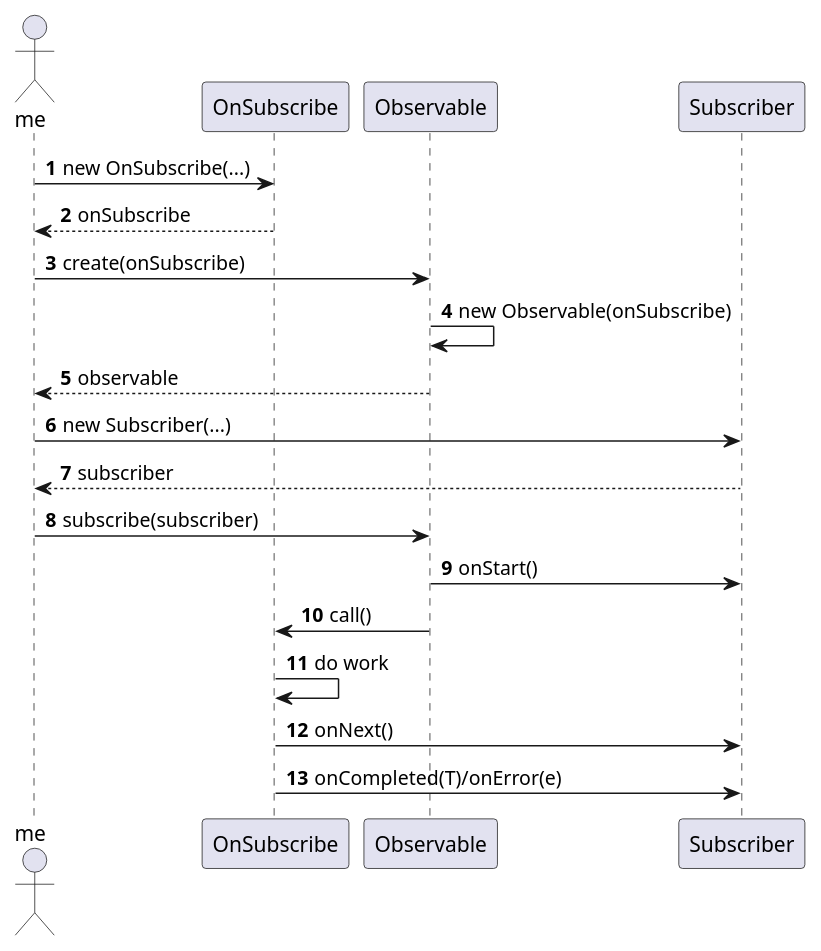
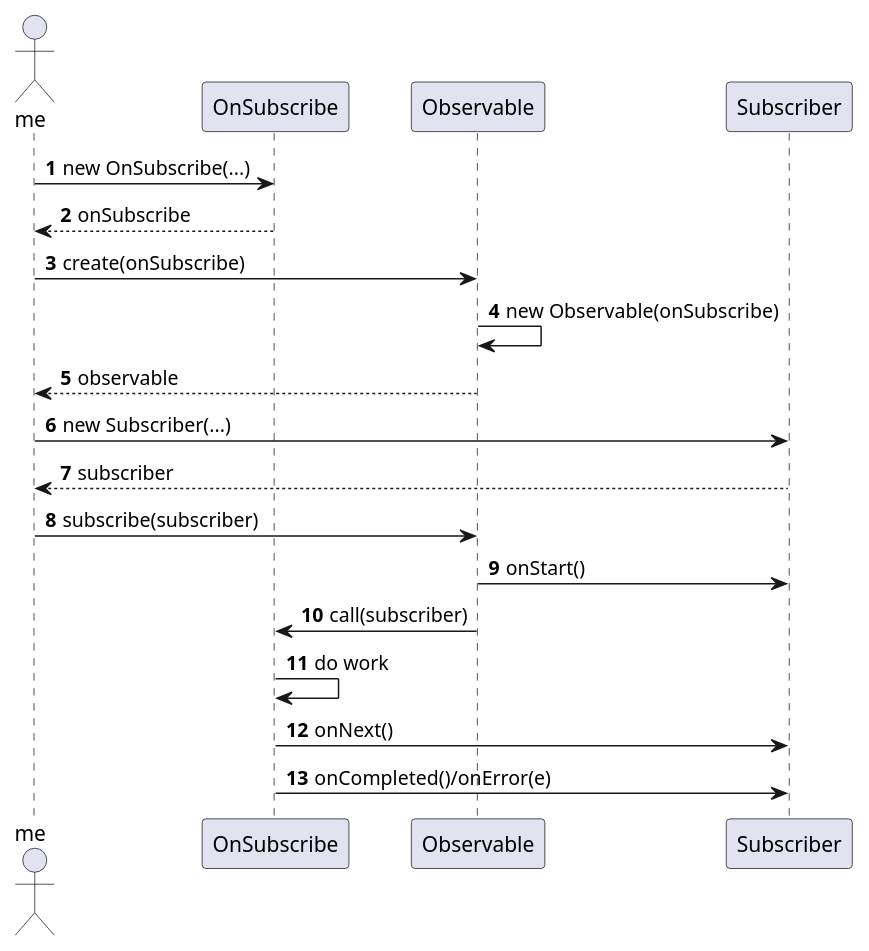
Before and after one commit to Blankeer/RxJava: the diagram in uml/simple_demo.puml, drawn with PlantUML. The commit also changed 2 other files, not shown here.

Commit message:
[ADD] add map uml.

```diff
--- a/uml/simple_demo.puml
+++ b/uml/simple_demo.puml
@@ -2,18 +2,18 @@
 @startuml
 autonumber
 actor me
 me -> OnSubscribe : new OnSubscribe(...)
 OnSubscribe --> me : onSubscribe
 me -> Observable : create(onSubscribe)
 Observable -> Observable : new Observable(onSubscribe)
 Observable --> me : observable
 me -> Subscriber : new Subscriber(...)
 Subscriber --> me : subscriber
 me -> Observable : subscribe(subscriber)
 Observable -> Subscriber : onStart()
-Observable -> OnSubscribe : call()
+Observable -> OnSubscribe : call(subscriber)
 OnSubscribe -> OnSubscribe : do work
 OnSubscribe -> Subscriber : onNext()
-OnSubscribe -> Subscriber : onCompleted(T)/onError(e)
+OnSubscribe -> Subscriber : onCompleted()/onError(e)
 
 @enduml
```
